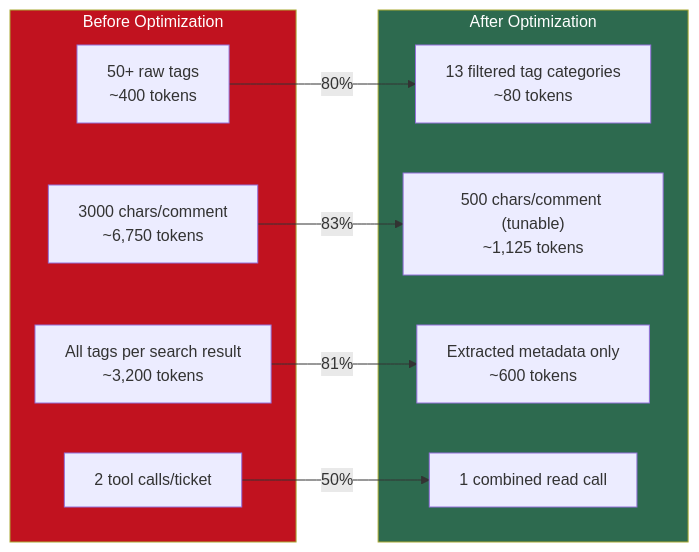
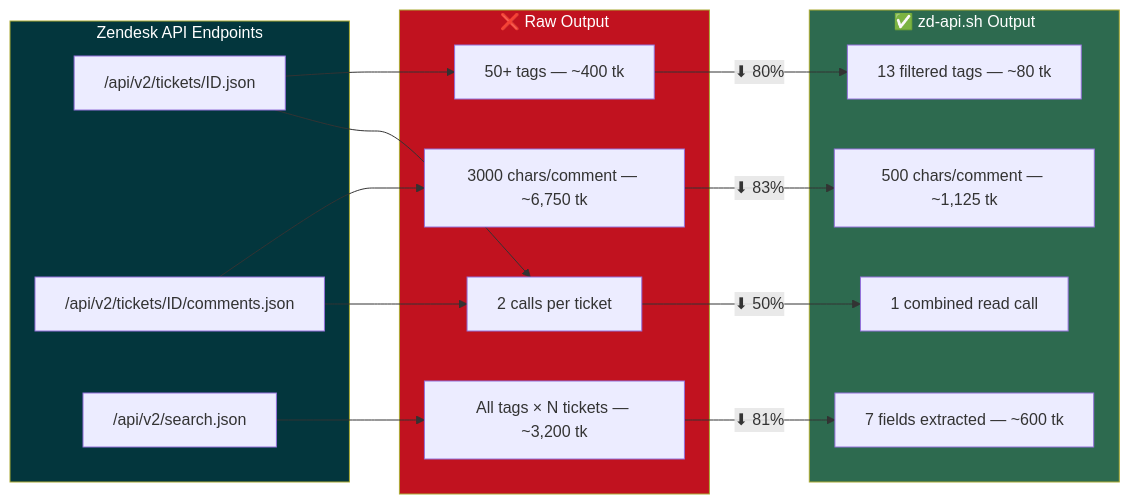
Before and after one commit to ddalexvea/datadog-cursor-diagnose-skills: the second of 3 diagrams in README.md, drawn with Mermaid.

Commit message:
Add Zendesk API endpoints to token optimization diagram
Made-with: Cursor

````diff
--- a/README.md
+++ b/README.md
@@ -44,24 +44,31 @@
 ```mermaid
 flowchart LR
-    subgraph Before["Before Optimization"]
-        B1["50+ raw tags<br>~400 tokens"]
-        B2["3000 chars/comment<br>~6,750 tokens"]
-        B3["All tags per search result<br>~3,200 tokens"]
-        B4["2 tool calls/ticket"]
+    subgraph Endpoints["Zendesk API Endpoints"]
+        E1["/api/v2/tickets/ID.json"]
+        E2["/api/v2/tickets/ID/comments.json"]
+        E3["/api/v2/search.json"]
     end
 
-    subgraph After["After Optimization"]
-        A1["13 filtered tag categories<br>~80 tokens"]
-        A2["500 chars/comment (tunable)<br>~1,125 tokens"]
-        A3["Extracted metadata only<br>~600 tokens"]
+    subgraph Before["❌ Raw Output"]
+        B1["50+ tags — ~400 tk"]
+        B2["3000 chars/comment — ~6,750 tk"]
+        B3["All tags × N tickets — ~3,200 tk"]
+        B4["2 calls per ticket"]
+    end
+
+    subgraph After["✅ zd-api.sh Output"]
+        A1["13 filtered tags — ~80 tk"]
+        A2["500 chars/comment — ~1,125 tk"]
+        A3["7 fields extracted — ~600 tk"]
         A4["1 combined read call"]
     end
 
-    B1 -->|"80%"| A1
-    B2 -->|"83%"| A2
-    B3 -->|"81%"| A3
-    B4 -->|"50%"| A4
+    E1 --> B1 -->|"⬇ 80%"| A1
+    E2 --> B2 -->|"⬇ 83%"| A2
+    E3 --> B3 -->|"⬇ 81%"| A3
+    E1 & E2 --> B4 -->|"⬇ 50%"| A4
 
+    style Endpoints fill:#03363d,color:#fff
     style Before fill:#c1121f,color:#fff
     style After fill:#2d6a4f,color:#fff
 ```
````
